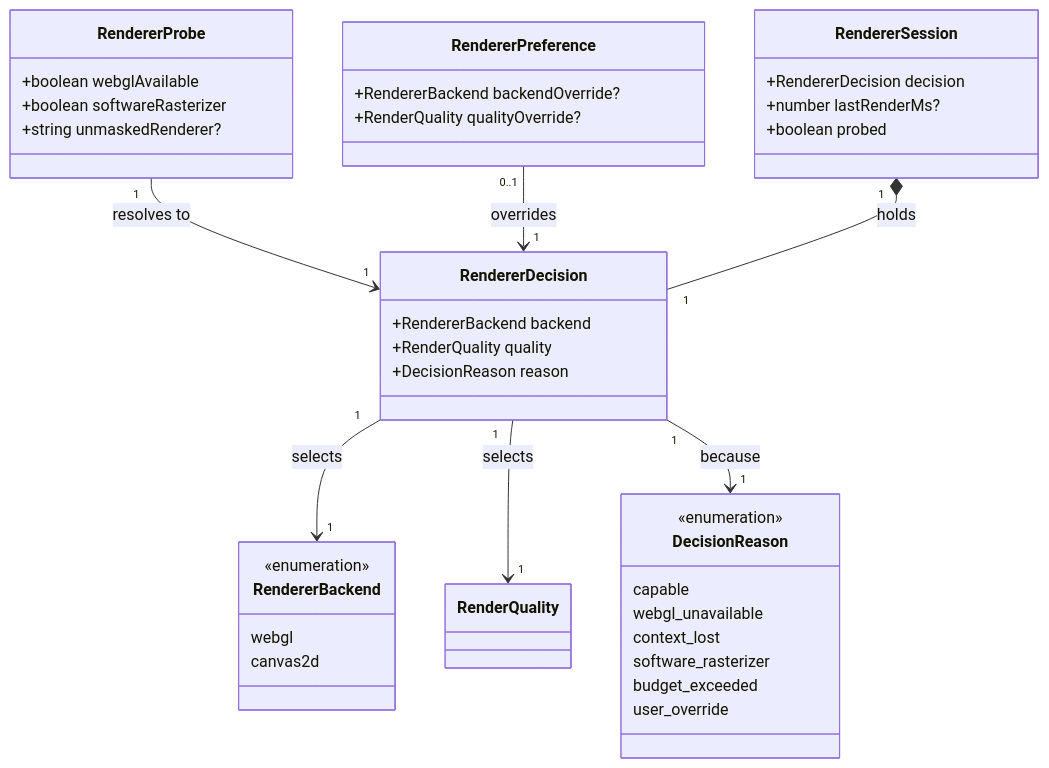
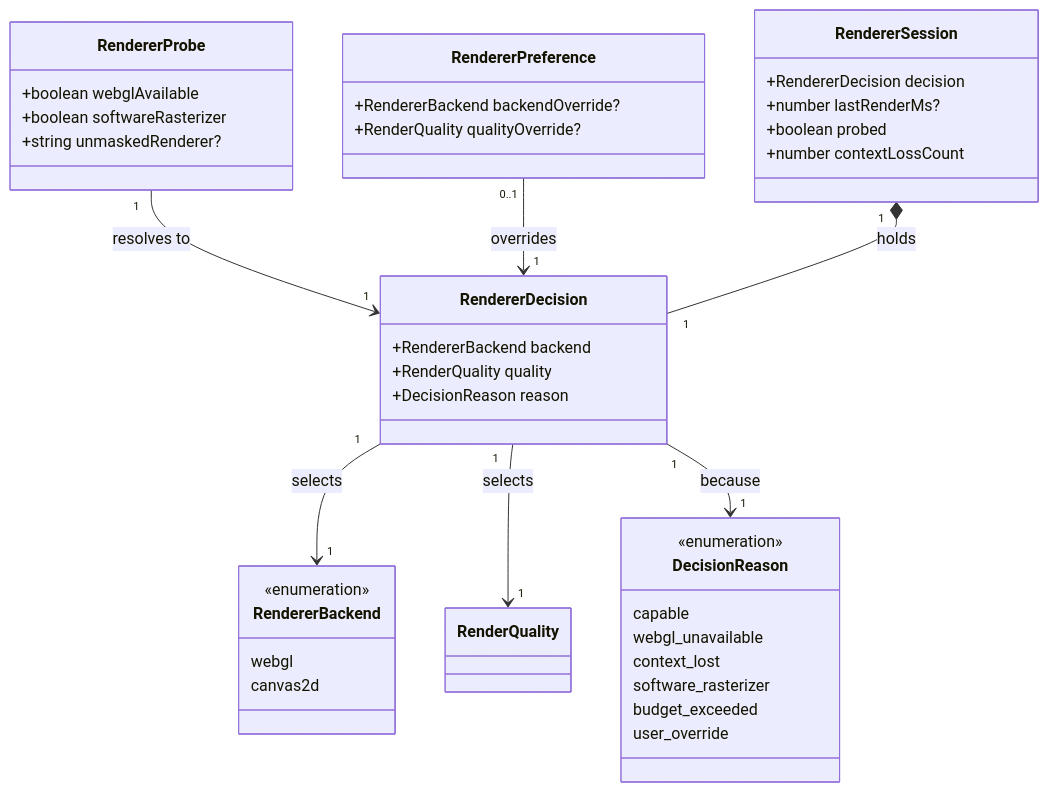
The second of 2 diagrams in docs/renderers.md (ironarachne/ironarachne), drawn with Mermaid before and after one commit. The commit also changed other lines of this file and 10 other files, not shown here.

````diff
--- a/docs/renderers.md
+++ b/docs/renderers.md
@@ -319,43 +325,44 @@
 ```mermaid
 classDiagram
     class RendererProbe {
         +boolean webglAvailable
         +boolean softwareRasterizer
         +string unmaskedRenderer?
     }
     class RendererDecision {
         +RendererBackend backend
         +RenderQuality quality
         +DecisionReason reason
     }
     class RendererBackend {
         <<enumeration>>
         webgl
         canvas2d
     }
     class DecisionReason {
         <<enumeration>>
         capable
         webgl_unavailable
         context_lost
         software_rasterizer
         budget_exceeded
         user_override
     }
     class RendererSession {
         +RendererDecision decision
         +number lastRenderMs?
         +boolean probed
+        +number contextLossCount
     }
     class RendererPreference {
         +RendererBackend backendOverride?
         +RenderQuality qualityOverride?
     }
 
     RendererProbe "1" --> "1" RendererDecision : resolves to
     RendererPreference "0..1" --> "1" RendererDecision : overrides
     RendererSession "1" *-- "1" RendererDecision : holds
     RendererDecision "1" --> "1" RendererBackend : selects
     RendererDecision "1" --> "1" RenderQuality : selects
     RendererDecision "1" --> "1" DecisionReason : because
 ```
````
